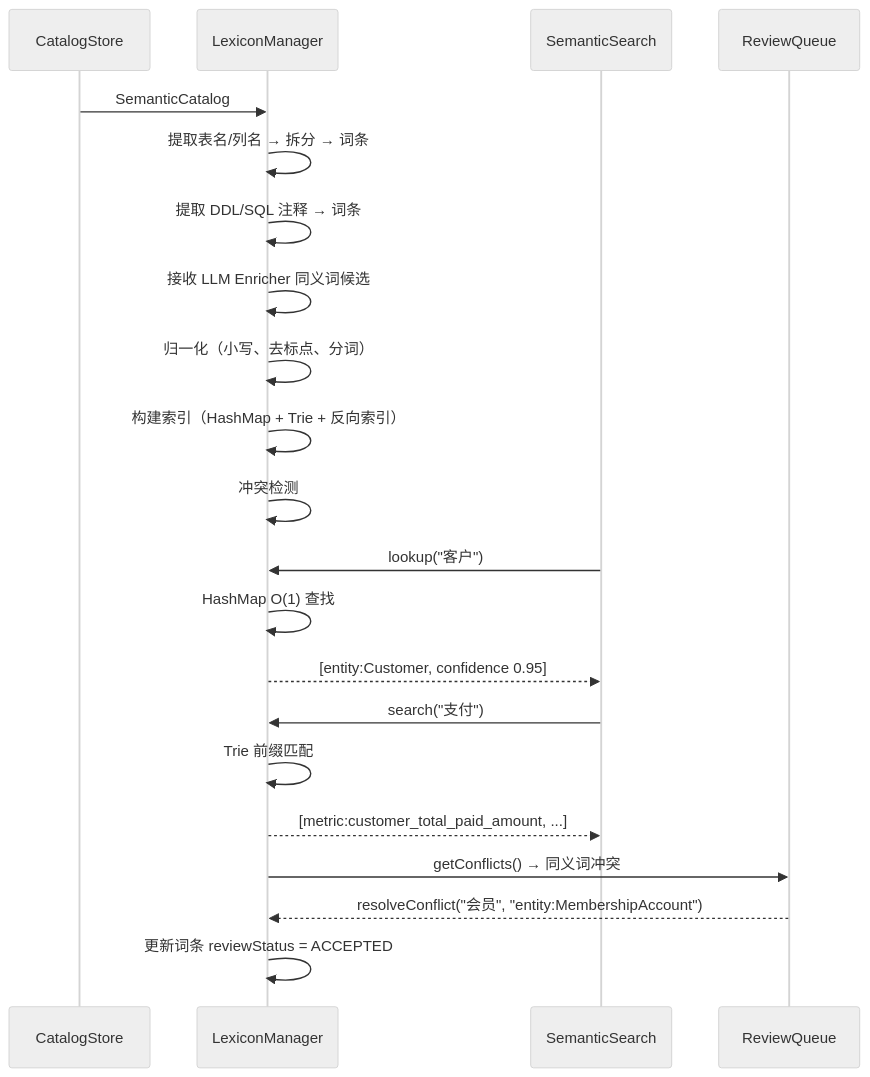
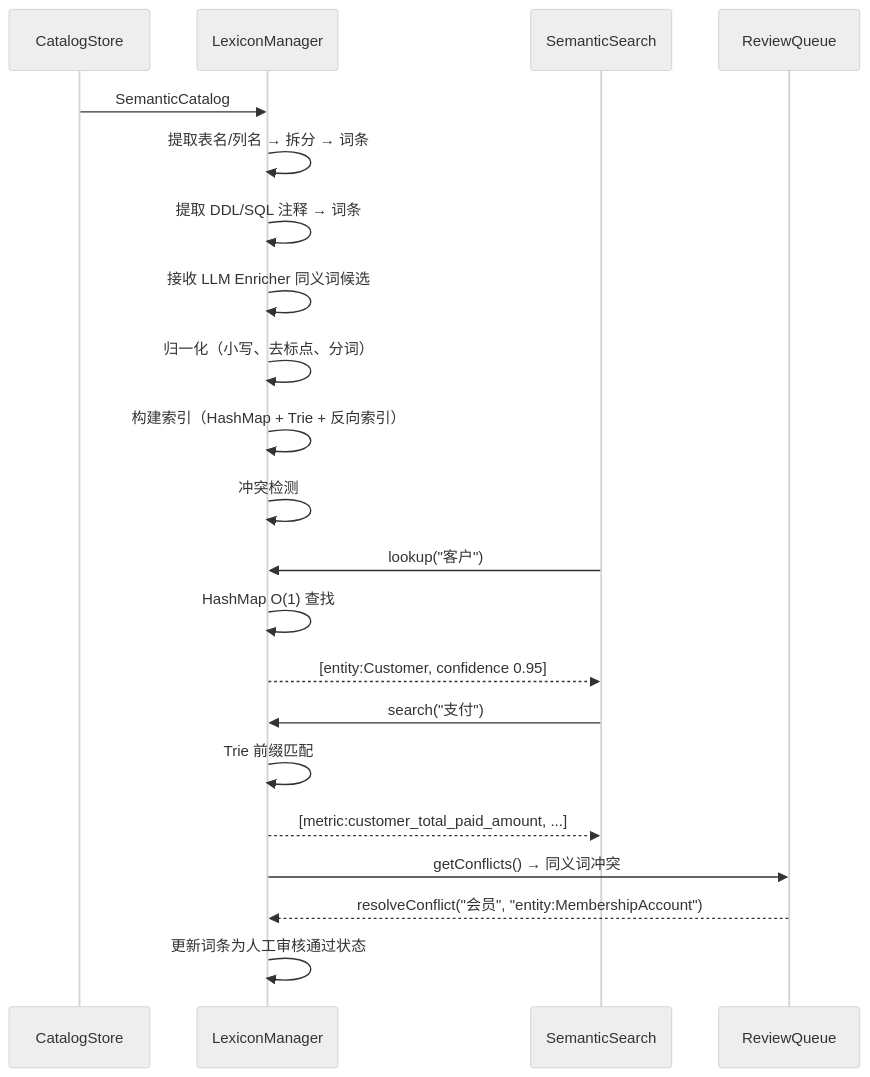
One commit to xiaoguang/relation-detector changed the second of 2 diagrams in docs/design/semantic-layer/05-lexicon-manager.md. Above: the diagram before and after it, drawn with Mermaid (neutral theme). The commit also changed other lines of this file and 17 other files, not shown here.

````diff
--- a/docs/design/semantic-layer/05-lexicon-manager.md
+++ b/docs/design/semantic-layer/05-lexicon-manager.md
@@ -111,24 +111,24 @@
 ```mermaid
 sequenceDiagram
     participant CS as CatalogStore
     participant LM as LexiconManager
     participant SS as SemanticSearch
     participant RQ as ReviewQueue
 
     CS->>LM: SemanticCatalog
     LM->>LM: 提取表名/列名 → 拆分 → 词条
     LM->>LM: 提取 DDL/SQL 注释 → 词条
     LM->>LM: 接收 LLM Enricher 同义词候选
     LM->>LM: 归一化（小写、去标点、分词）
     LM->>LM: 构建索引（HashMap + Trie + 反向索引）
     LM->>LM: 冲突检测
     SS->>LM: lookup("客户")
     LM->>LM: HashMap O(1) 查找
     LM-->>SS: [entity:Customer, confidence 0.95]
     SS->>LM: search("支付")
     LM->>LM: Trie 前缀匹配
     LM-->>SS: [metric:customer_total_paid_amount, ...]
     LM->>RQ: getConflicts() → 同义词冲突
     RQ-->>LM: resolveConflict("会员", "entity:MembershipAccount")
-    LM->>LM: 更新词条 reviewStatus = ACCEPTED
+    LM->>LM: 更新词条为人工审核通过状态
 ```
````
